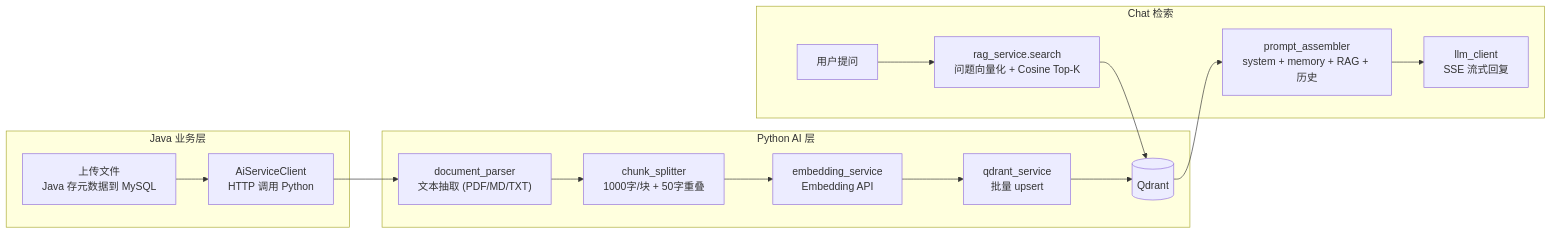
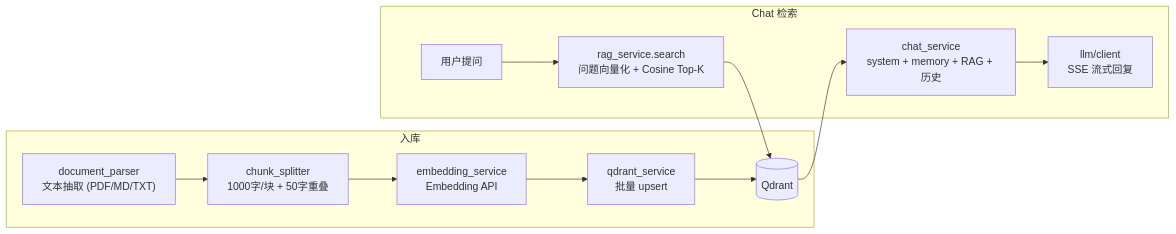
One commit to KONGBAI666666/xinyu changed the fourth of 4 diagrams in README.md. Above: the diagram before and after it, drawn with Mermaid. The commit also changed other lines of this file and 227 other files, not shown here.

First line of the commit message:
refactor: 后端架构迁移为 Python FastAPI 单体, 移除 Java 与独立 AI 服务

````diff
--- a/README.md
+++ b/README.md
@@ -121,22 +115,16 @@
 ```mermaid
 flowchart LR
-    subgraph Java 业务层
-        J1["上传文件<br/>Java 存元数据到 MySQL"] --> J2["AiServiceClient<br/>HTTP 调用 Python"]
-    end
-
-    subgraph Python AI 层
+    subgraph 入库
         U1["document_parser<br/>文本抽取 (PDF/MD/TXT)"] --> U2["chunk_splitter<br/>1000字/块 + 50字重叠"]
         U2 --> U3["embedding_service<br/>Embedding API"]
         U3 --> U4["qdrant_service<br/>批量 upsert"]
         U4 --> Q[("Qdrant")]
     end
 
     subgraph Chat 检索
         C1["用户提问"] --> C2["rag_service.search<br/>问题向量化 + Cosine Top-K"]
         C2 --> Q
-        Q --> C3["prompt_assembler<br/>system + memory + RAG + 历史"]
-        C3 --> C4["llm_client<br/>SSE 流式回复"]
+        Q --> C3["chat_service<br/>system + memory + RAG + 历史"]
+        C3 --> C4["llm/client<br/>SSE 流式回复"]
     end
-
-    J2 --> U1
 ```
````
